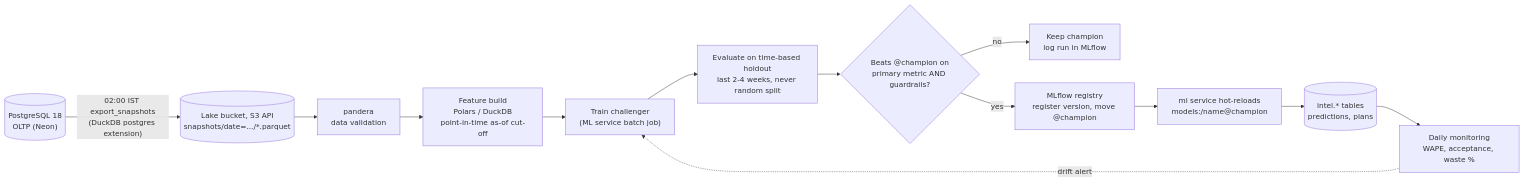
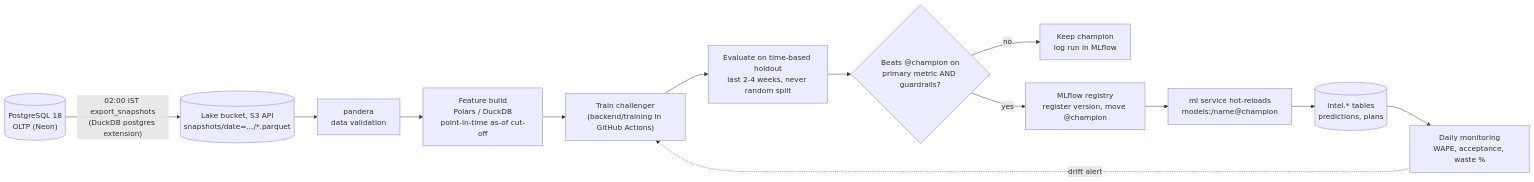
Before and after one commit to prelekar7/GharBasket: the first of 4 diagrams in docs/handbook/08-ai-and-ml.md, drawn with Mermaid. The commit also changed other lines of this file and 16 other files, not shown here.

````diff
--- a/docs/handbook/08-ai-and-ml.md
+++ b/docs/handbook/08-ai-and-ml.md
@@ -34,15 +34,15 @@
 ```mermaid
 flowchart LR
     PG[("PostgreSQL 18<br/>OLTP (Neon)")] -->|"02:00 IST export_snapshots<br/>(DuckDB postgres extension)"| PQ[("Lake bucket, S3 API<br/>snapshots/date=.../*.parquet")]
     PQ --> VAL["pandera<br/>data validation"]
     VAL --> FEAT["Feature build<br/>Polars / DuckDB<br/>point-in-time as-of cut-off"]
-    FEAT --> TRAIN["Train challenger<br/>(ML service batch job)"]
+    FEAT --> TRAIN["Train challenger<br/>(backend/training in GitHub Actions)"]
     TRAIN --> EVAL["Evaluate on time-based holdout<br/>last 2-4 weeks, never random split"]
     EVAL --> GATE{"Beats @champion on<br/>primary metric AND guardrails?"}
     GATE -->|no| KEEP["Keep champion<br/>log run in MLflow"]
     GATE -->|yes| REG["MLflow registry<br/>register version, move @champion"]
     REG --> SERVE["ml service hot-reloads<br/>models:/name@champion"]
     SERVE --> OUT[("intel.* tables<br/>predictions, plans")]
     OUT --> MON["Daily monitoring<br/>WAPE, acceptance, waste %"]
     MON -.->|drift alert| TRAIN
 ```
````
